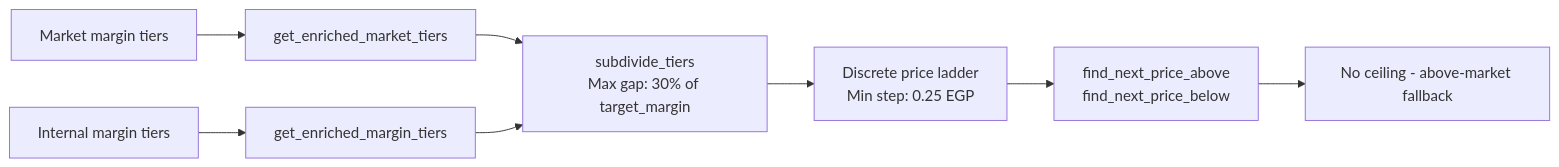
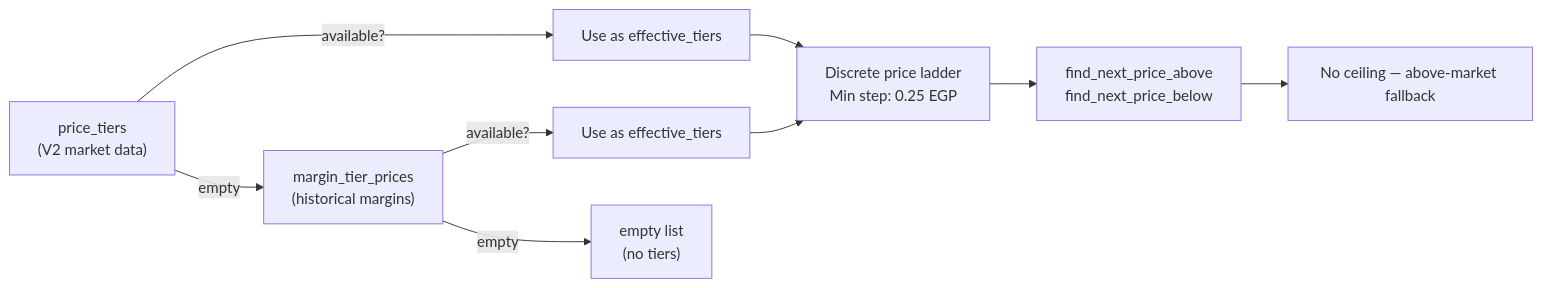
One commit to Maxab-Growth/Mustafa changed the third of 3 diagrams in docs/module_2_initial_price_push.md. Above: the diagram before and after it, drawn with Mermaid. The commit also changed other lines of this file and 9 other files, not shown here.

````diff
--- a/docs/module_2_initial_price_push.md
+++ b/docs/module_2_initial_price_push.md
@@ -96,10 +96,11 @@
 ```mermaid
 flowchart LR
-    A[Market margin tiers] --> B[get_enriched_market_tiers]
-    C[Internal margin tiers] --> D[get_enriched_margin_tiers]
-    B --> E[subdivide_tiers\nMax gap: 30% of target_margin]
-    D --> E
-    E --> F[Discrete price ladder\nMin step: 0.25 EGP]
+    PT["price_tiers\n(V2 market data)"] -->|available?| YES1[Use as effective_tiers]
+    PT -->|empty| MT["margin_tier_prices\n(historical margins)"]
+    MT -->|available?| YES2[Use as effective_tiers]
+    MT -->|empty| EMPTY["empty list\n(no tiers)"]
+    YES1 --> F[Discrete price ladder\nMin step: 0.25 EGP]
+    YES2 --> F
     F --> G[find_next_price_above\nfind_next_price_below]
-    G --> H[No ceiling - above-market fallback]
+    G --> H[No ceiling — above-market fallback]
 ```
````
